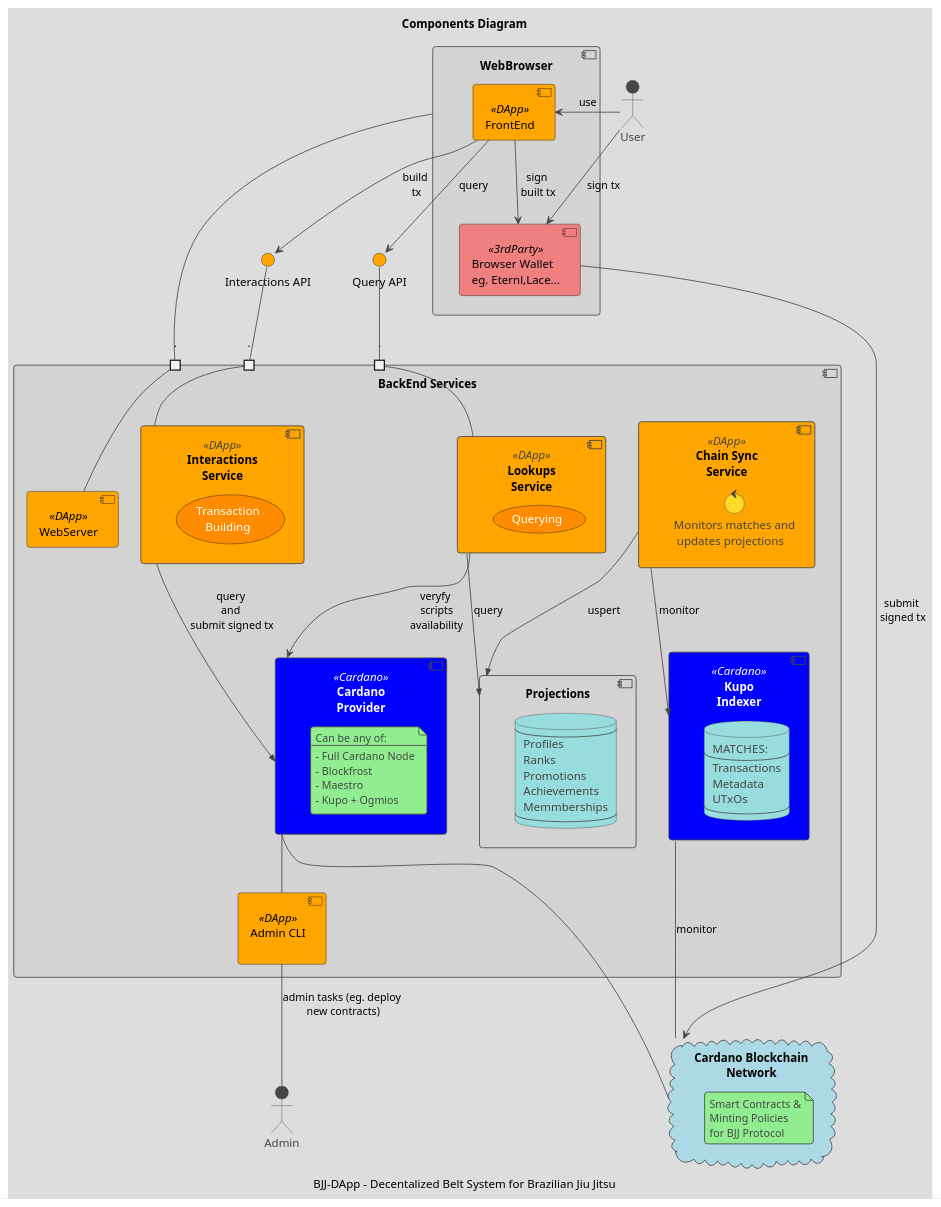
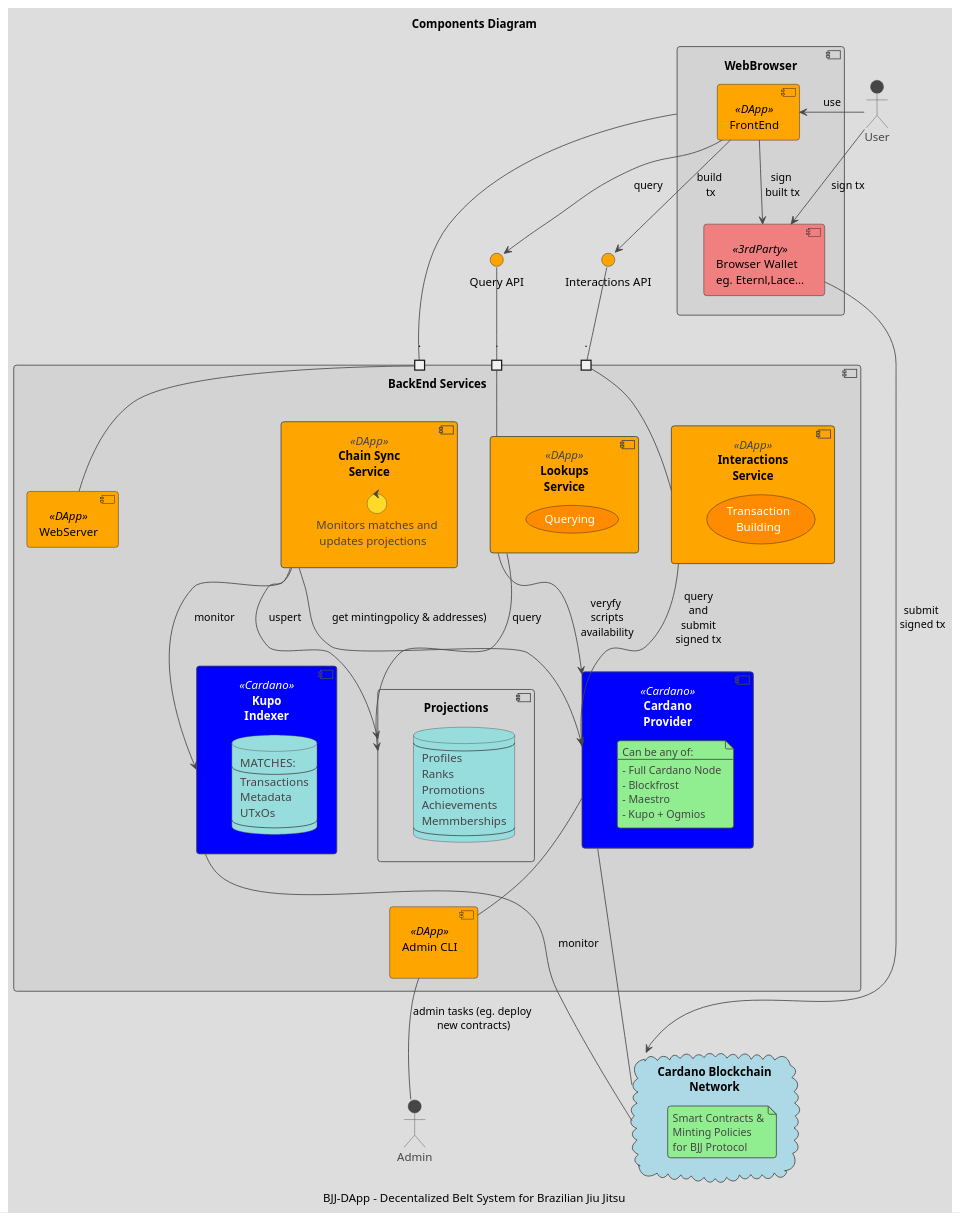
Before and after one commit to en7angled/Decentralized-Belt-System: the diagram in puml/ComponentDiagram.puml, drawn with PlantUML. The commit also changed 4 other files, not shown here.

```diff
--- a/puml/ComponentDiagram.puml
+++ b/puml/ComponentDiagram.puml
@@ -1,144 +1,145 @@
 @startuml ComponentDiagram
 !theme toy
 
 title "Components Diagram"
 caption: BJJ-DApp - Decentalized Belt System for Brazilian Jiu Jitsu
 
 
 skinparam interface {
     BackgroundColor Orange
 }
 
 skinparam component {
     BackgroundColor<<DApp>> Orange
     FontSize Black
 
     BackgroundColor<<3rdParty>> LightCoral
     BackgroundColor<<Cardano>> Blue
     FontColor<<Cardano>>  White
 }
 
 skinparam cloud {
     BackgroundColor LightBlue
 }
 skinparam usecase {
     BackgroundColor DarkOrange
     FontColor White
 }
 
 
 Actor User
 Actor Admin
 
 component WebBrowser #LightGray {
     component BrowserWallet as "Browser Wallet\neg. Eternl,Lace..." <<3rdParty>>
     component UI as "FrontEnd" <<DApp>>
 }
 
 
 
 
 
 component BackEnd  as "BackEnd Services"  #LightGray   {
 
     component AdminCLI as "Admin CLI\n" <<DApp>>
 
     component CardanoProvider <<Cardano>> as "Cardano\nProvider"  {
 
         note as N
         Can be any of:
         ---
         - Full Cardano Node
         - Blockfrost
         - Maestro
         - Kupo + Ogmios
         end note
     }
 
     component Kupo as "Kupo\nIndexer" <<Cardano>>  {
         database KupoDB as "MATCHES:
         --
         Transactions
         Metadata
         UTxOs
         --
         "
     }
 
     component WebServer <<DApp>>
     component Interactions  <<DApp>> as "Interactions\nService" {
         usecase TxBuilding as "Transaction\nBuilding"
 
     }
     component Lookups <<DApp>> as "Lookups\nService" {
         usecase Querying as "Querying"
     }
     component ChainSync <<DApp>>  as "Chain Sync\nService"{
         control Monitoring as "Monitors matches and\n updates projections"
     }
     component Projections   as "Projections"{
 
         database  LocalDB as "
         --
         Profiles
         Ranks
         Promotions
         Achievements
         Memmberships
         --
         "
     }
 
     portin webserverPort as "."
     portin interactionsPort as "."
     portin queryPort as "."
 
     WebServer - webserverPort
     Interactions - interactionsPort
     Lookups - queryPort
 
-    Interactions -->> CardanoProvider : query\n and \n submit signed tx
+    Interactions -->> CardanoProvider : query\n and \n submit \nsigned tx
     Lookups --> CardanoProvider : veryfy\n scripts\n availability
 
-    ChainSync -->> Projections : uspert
-    Lookups -->> Projections : query
-    ChainSync -->> Kupo : monitor
+    ChainSync --> Kupo : monitor
+    ChainSync --> CardanoProvider : get mintingpolicy & addresses)
+    ChainSync --> Projections : uspert
+    Lookups --> Projections : query
 
 
 
 }
 interface InteractionsAPI as "Interactions API"
 interface QueryAPI as "Query API"
 interactionsPort -up- InteractionsAPI
 queryPort -up- QueryAPI
 
 
 
 cloud BlockchainNetwork as "Cardano Blockchain\nNetwork" {
     note as SmarContracts
     Smart Contracts &
     Minting Policies
     for BJJ Protocol
     end note
 }
 
 
 User -> UI : use
 WebBrowser - webserverPort
 UI --> InteractionsAPI : build\n tx
 UI --> QueryAPI : query
 
 UI -down-> BrowserWallet : "sign\n built tx"
 User -> BrowserWallet : "sign tx"
 BrowserWallet --> BlockchainNetwork : "submit\n signed tx"
 
 
-Kupo --- BlockchainNetwork : monitor
+Kupo -down-- BlockchainNetwork : monitor
 
-CardanoProvider -- BlockchainNetwork
+CardanoProvider -down-- BlockchainNetwork
 
 AdminCLI -up- CardanoProvider
 
 Admin -up- AdminCLI : admin tasks (eg. deploy\n new contracts)
 
 @enduml
```
